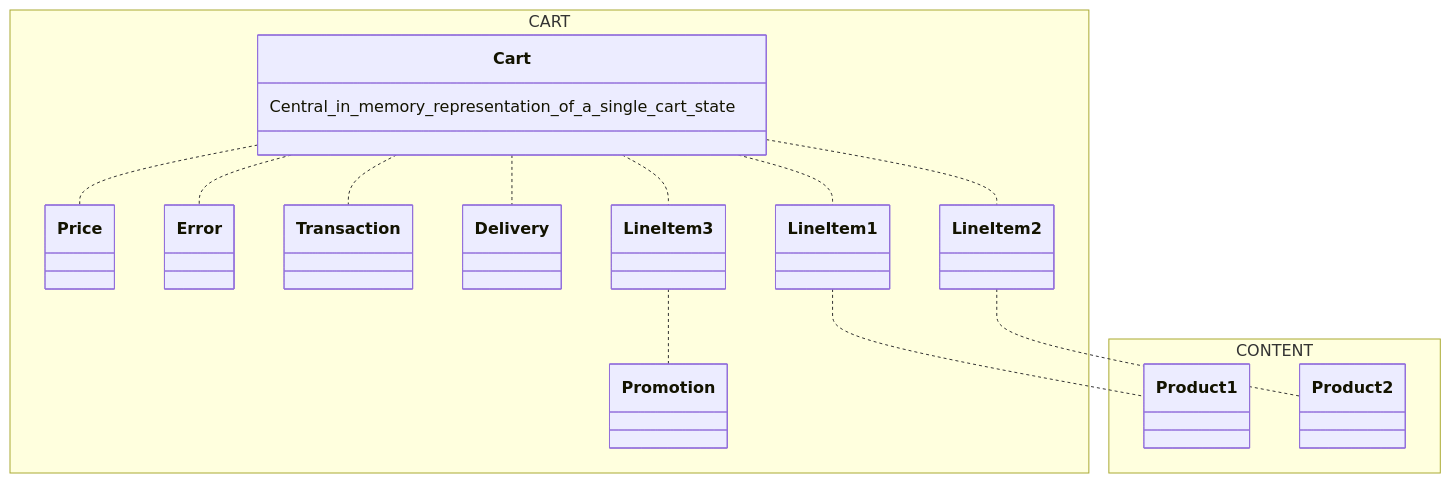
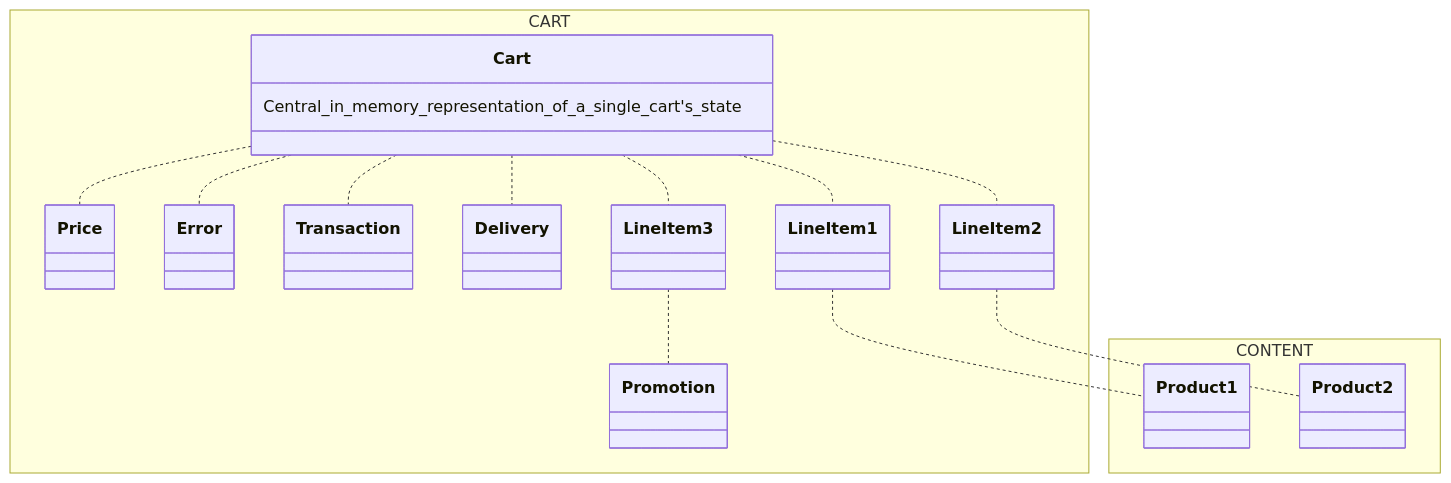
One commit to shopware/docs changed the first of 5 diagrams in concepts/commerce/checkout-concept/cart.md. Above: the diagram before and after it, drawn with Mermaid. The commit also changed other lines of this file and 11 other files, not shown here.

````diff
--- a/concepts/commerce/checkout-concept/cart.md
+++ b/concepts/commerce/checkout-concept/cart.md
@@ -34,30 +34,30 @@
 ```mermaid
 classDiagram
     Cart .. Price
     Cart .. Error
     Cart .. Transaction
     Cart .. Delivery
     Cart .. LineItem3
     Cart .. LineItem1
     Cart .. LineItem2
     LineItem3 .. Promotion
     LineItem1 .. Product1
     LineItem2 .. Product2
     namespace CART {
         class Error
         class Price
         class Transaction
         class Delivery
         class LineItem1
         class LineItem2
         class LineItem3
         class Promotion
         class Cart {
-        Central_in_memory_representation_of_a_single_cart_state
+        Central_in_memory_representation_of_a_single_cart's_state
     }
 }
     namespace CONTENT {
     class Product1
     class Product2
     }
 ```
````
